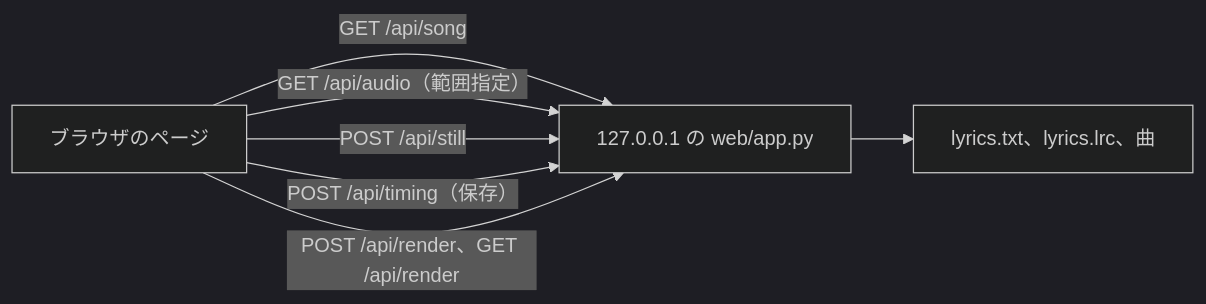
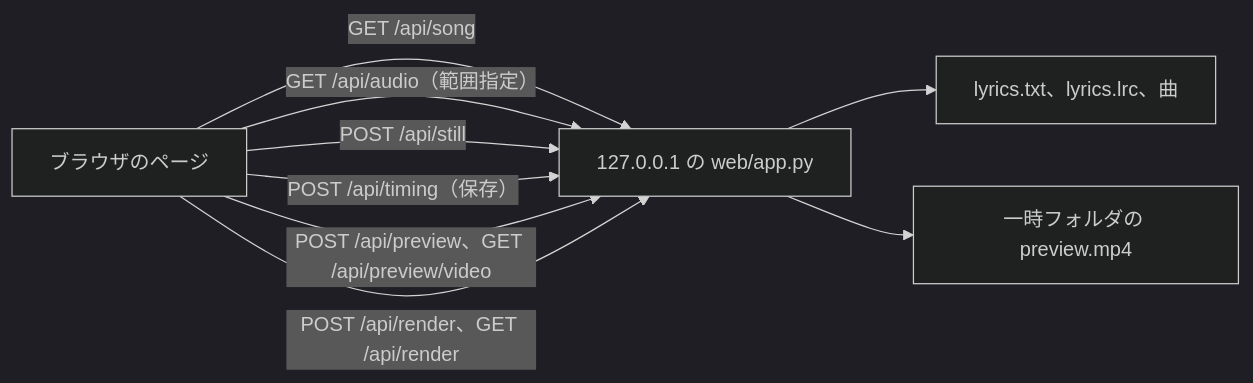
Before and after one commit to musica-sanare/lyrics-video-app: the third of 3 diagrams in docs/ja/ARCHITECTURE.md, drawn with Mermaid (dark theme). The commit also changed other lines of this file and 16 other files, not shown here.

First line of the commit message:
feat: preview the video on the sync page

````diff
--- a/docs/ja/ARCHITECTURE.md
+++ b/docs/ja/ARCHITECTURE.md
@@ -101,12 +101,14 @@
 ```mermaid
 flowchart LR
   page["ブラウザのページ"]
   server["127.0.0.1 の web/app.py"]
   files["lyrics.txt、lyrics.lrc、曲"]
   page -->|"GET /api/song"| server
   page -->|"GET /api/audio（範囲指定）"| server
   page -->|"POST /api/still"| server
   page -->|"POST /api/timing（保存）"| server
+  page -->|"POST /api/preview、GET /api/preview/video"| server
   page -->|"POST /api/render、GET /api/render"| server
   server --> files
+  server --> temp["一時フォルダの preview.mp4"]
 ```
````
